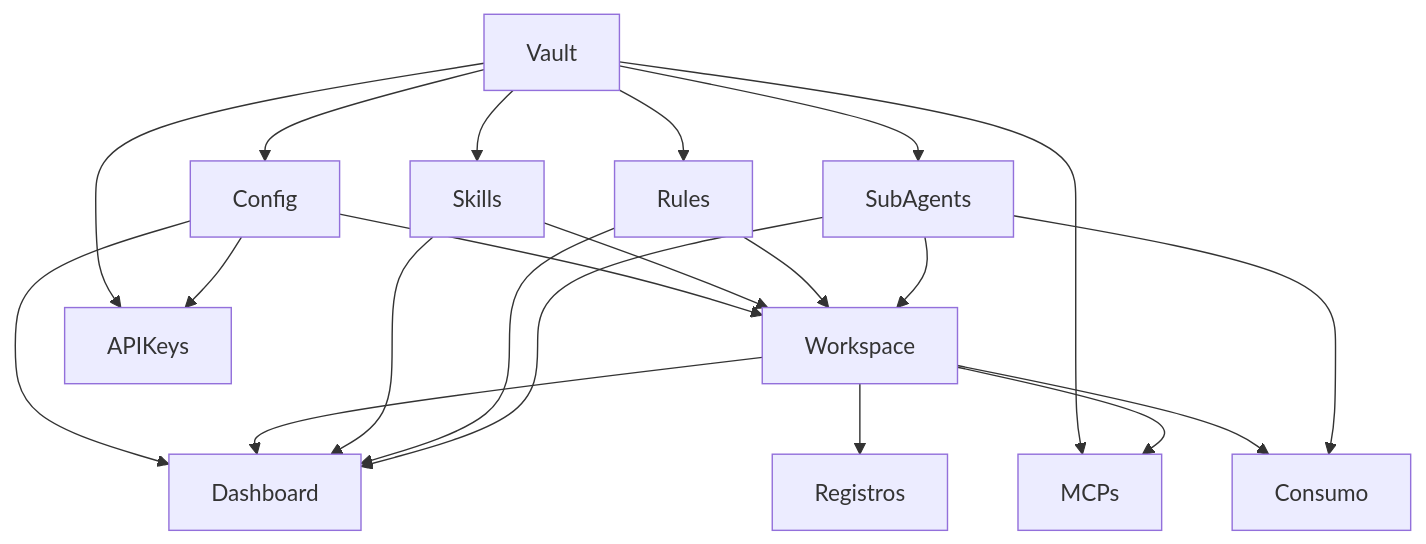
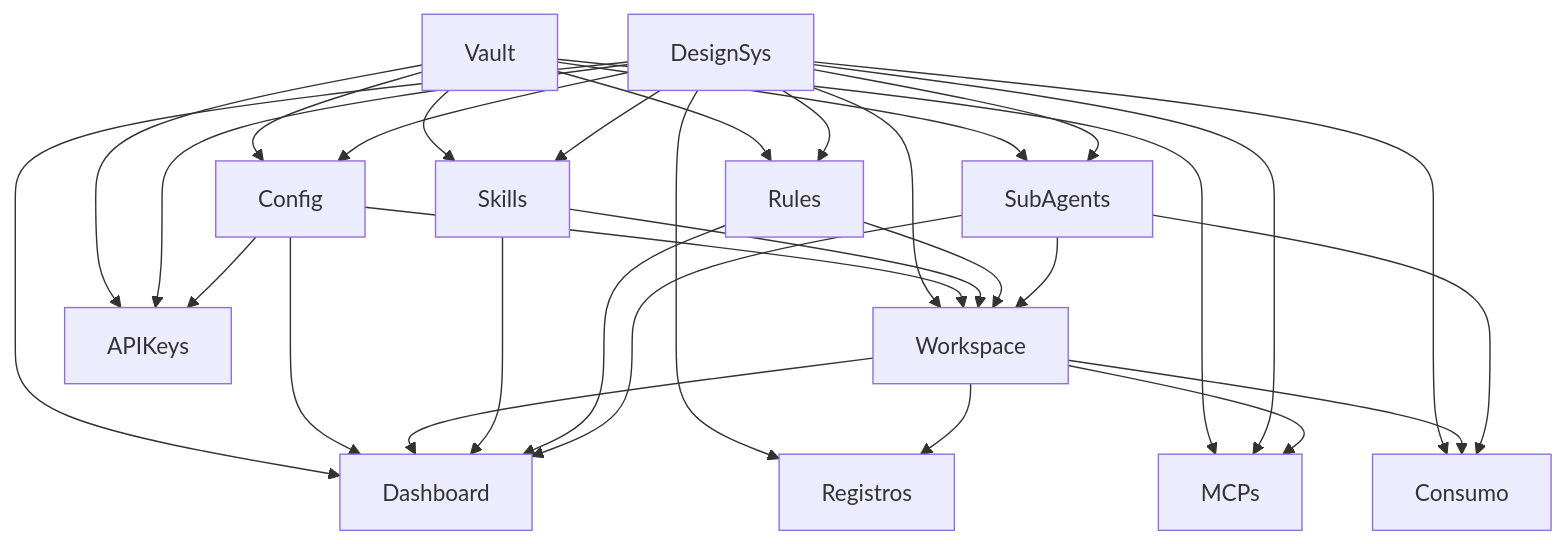
The diagram in docs/PRD.md (humbertoluks/engrena-code), drawn with Mermaid before and after one commit. The commit also changed other lines of this file and 27 other files, not shown here.

````diff
--- a/docs/PRD.md
+++ b/docs/PRD.md
@@ -515,23 +584,33 @@
 ```mermaid
 graph TD
   F01[Vault] --> F02[Config]
+  F011[DesignSys] --> F02
   F01 --> F05[Skills]
+  F011 --> F05
   F01 --> F06[Rules]
+  F011 --> F06
   F01 --> F07[SubAgents]
-  F02 --> F03[Workspace]
+  F011 --> F07
+  F011 --> F03[Workspace]
+  F02 --> F03
   F05 --> F03
   F06 --> F03
   F07 --> F03
-  F02 --> F04[Dashboard]
+  F011 --> F04[Dashboard]
+  F02 --> F04
   F03 --> F04
   F05 --> F04
   F06 --> F04
   F07 --> F04
   F01 --> F10[APIKeys]
+  F011 --> F10
   F02 --> F10
-  F03 --> F08[Registros]
+  F011 --> F08[Registros]
+  F03 --> F08
   F01 --> F09[MCPs]
+  F011 --> F09
   F03 --> F09
-  F03 --> F11[Consumo]
+  F011 --> F11[Consumo]
+  F03 --> F11
   F07 --> F11
 ```
````
